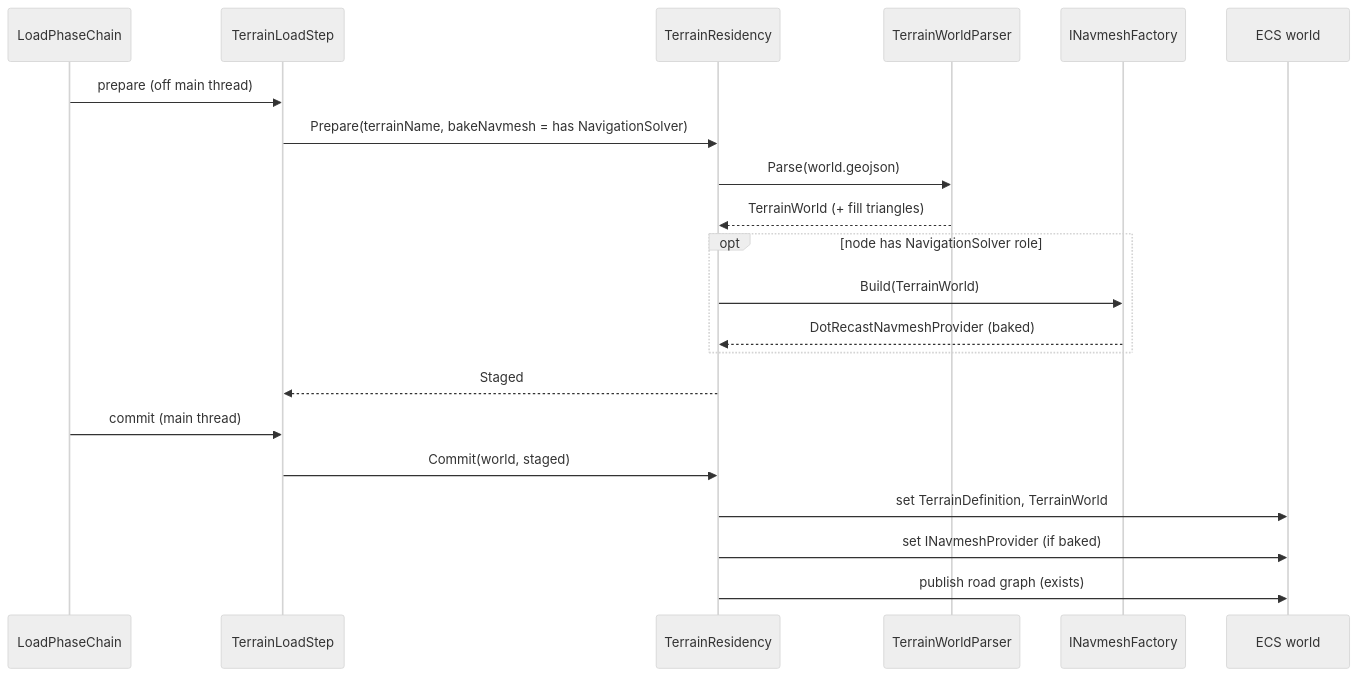
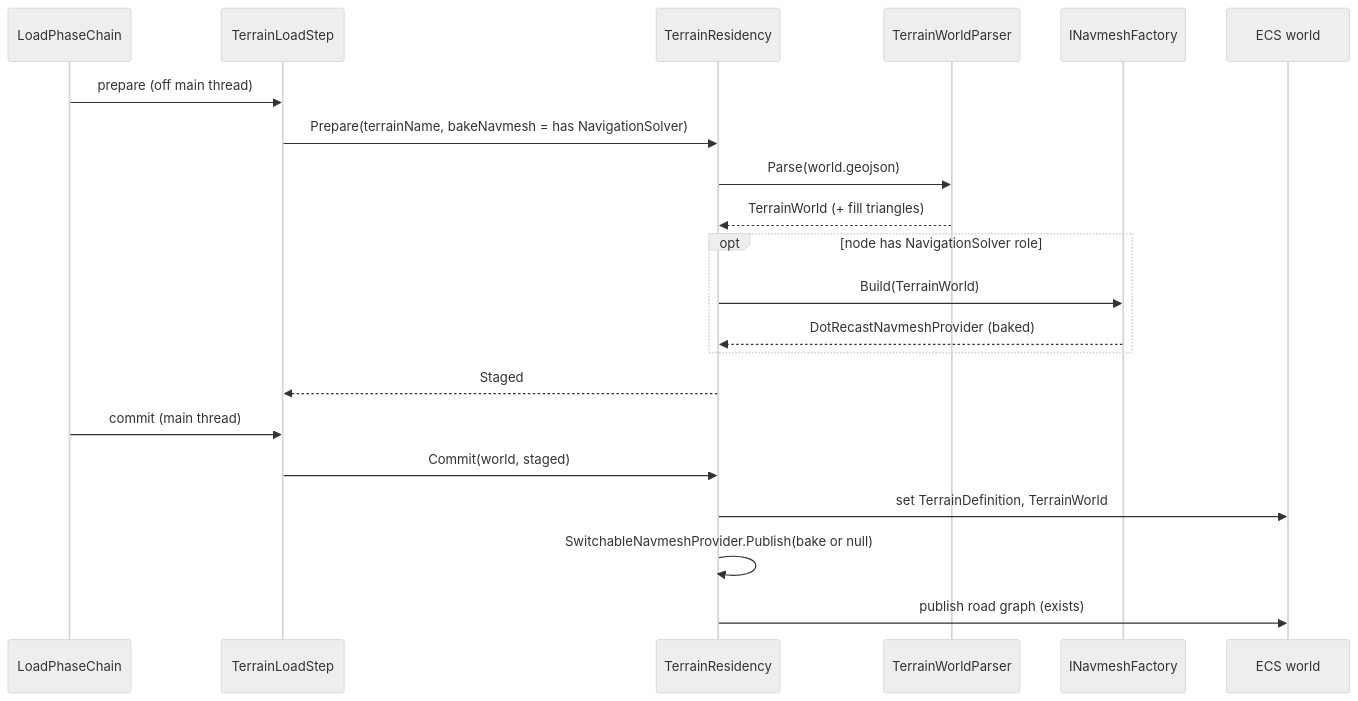
The second of 5 diagrams in docs/DESIGN_Terrain_World.md (pjanec/HROT), drawn with Mermaid (neutral theme) before and after one commit. The commit also changed other lines of this file and 38 other files, not shown here.

````diff
--- a/docs/DESIGN_Terrain_World.md
+++ b/docs/DESIGN_Terrain_World.md
@@ -191,23 +219,23 @@
 ```mermaid
 sequenceDiagram
   participant C as LoadPhaseChain
   participant S as TerrainLoadStep
   participant R as TerrainResidency
   participant P as TerrainWorldParser
   participant F as INavmeshFactory
   participant W as ECS world
   C->>S: prepare (off main thread)
   S->>R: Prepare(terrainName, bakeNavmesh = has NavigationSolver)
   R->>P: Parse(world.geojson)
   P-->>R: TerrainWorld (+ fill triangles)
   opt node has NavigationSolver role
     R->>F: Build(TerrainWorld)
     F-->>R: DotRecastNavmeshProvider (baked)
   end
   R-->>S: Staged
   C->>S: commit (main thread)
   S->>R: Commit(world, staged)
   R->>W: set TerrainDefinition, TerrainWorld
-  R->>W: set INavmeshProvider (if baked)
+  R->>R: SwitchableNavmeshProvider.Publish(bake or null)
   R->>W: publish road graph (exists)
 ```
````
